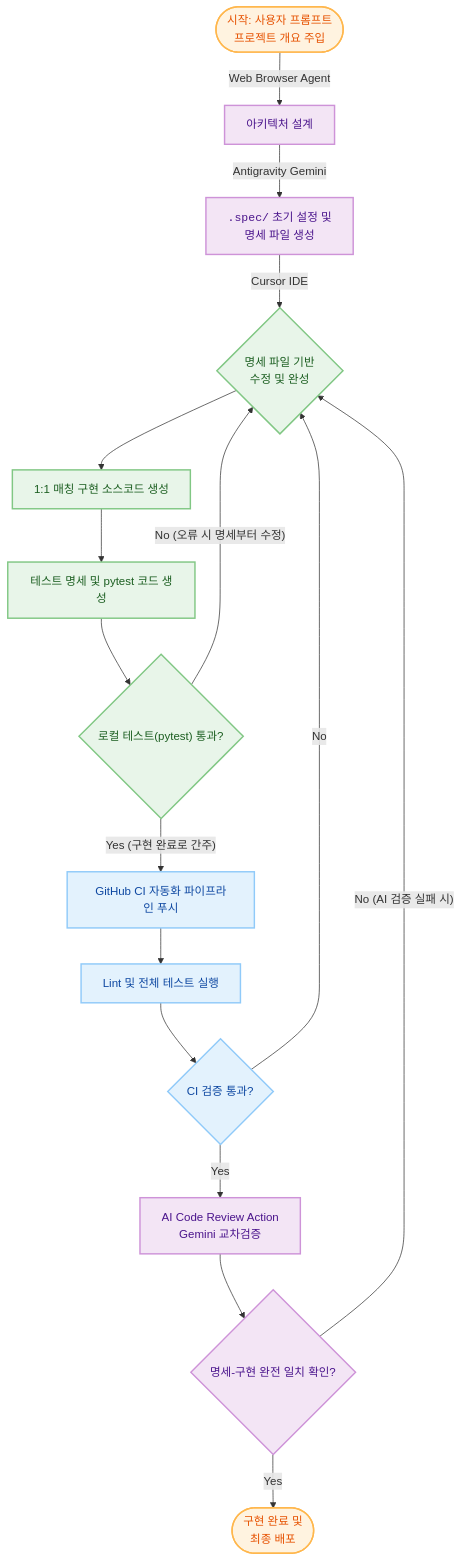
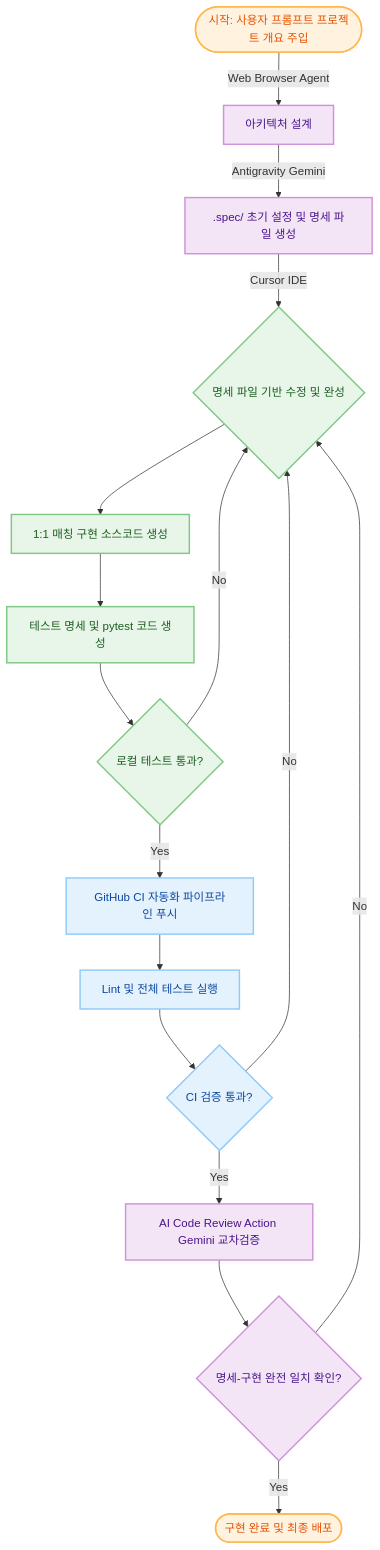
One commit to ai4radmed/py-template changed the diagram in README.md. Above: the diagram before and after it, drawn with Mermaid. The commit also changed other lines of this file, not shown here.

Commit message:
docs: update project description and fix Mermaid rendering issues

````diff
--- a/README.md
+++ b/README.md
@@ -13,28 +13,28 @@
 ```mermaid
 graph TD
     classDef ai fill:#f3e5f5,stroke:#ce93d8,stroke-width:2px,color:#4a148c;
     classDef cursor fill:#e8f5e9,stroke:#81c784,stroke-width:2px,color:#1b5e20;
     classDef ci fill:#e3f2fd,stroke:#90caf9,stroke-width:2px,color:#0d47a1;
     classDef state fill:#fff3e0,stroke:#ffb74d,stroke-width:2px,color:#e65100;
 
-    A(["시작: 사용자 프롬프트<br/>프로젝트 개요 주입"]):::state -->|Web Browser Agent| B["아키텍처 설계"]:::ai
-    B -->|Antigravity Gemini| C["<code>.spec/</code> 초기 설정 및<br/>명세 파일 생성"]:::ai
+    A([시작: 사용자 프롬프트 프로젝트 개요 주입]):::state -->|Web Browser Agent| B[아키텍처 설계]:::ai
+    B -->|Antigravity Gemini| C[.spec/ 초기 설정 및 명세 파일 생성]:::ai
     
-    C -->|Cursor IDE| D{"명세 파일 기반<br/>수정 및 완성"}:::cursor
-    D --> E["1:1 매칭 구현 소스코드 생성"]:::cursor
-    E --> F["테스트 명세 및 pytest 코드 생성"]:::cursor
-    F --> G{"로컬 테스트(pytest) 통과?"}:::cursor
+    C -->|Cursor IDE| D{명세 파일 기반 수정 및 완성}:::cursor
+    D --> E[1:1 매칭 구현 소스코드 생성]:::cursor
+    E --> F[테스트 명세 및 pytest 코드 생성]:::cursor
+    F --> G{로컬 테스트 통과?}:::cursor
     
-    G -- No (오류 시 명세부터 수정) --> D
-    G -- Yes (구현 완료로 간주) --> H["GitHub CI 자동화 파이프라인 푸시"]:::ci
+    G -- No --> D
+    G -- Yes --> H[GitHub CI 자동화 파이프라인 푸시]:::ci
     
-    H --> I["Lint 및 전체 테스트 실행"]:::ci
-    I --> J{"CI 검증 통과?"}:::ci
+    H --> I[Lint 및 전체 테스트 실행]:::ci
+    I --> J{CI 검증 통과?}:::ci
     
     J -- No --> D
-    J -- Yes --> K["AI Code Review Action<br/>Gemini 교차검증"]:::ai
+    J -- Yes --> K[AI Code Review Action Gemini 교차검증]:::ai
     
-    K --> L{"명세-구현 완전 일치 확인?"}:::ai
-    L -- No (AI 검증 실패 시) --> D
-    L -- Yes --> M(["구현 완료 및<br/>최종 배포"]):::state
+    K --> L{명세-구현 완전 일치 확인?}:::ai
+    L -- No --> D
+    L -- Yes --> M([구현 완료 및 최종 배포]):::state
 ```
````
